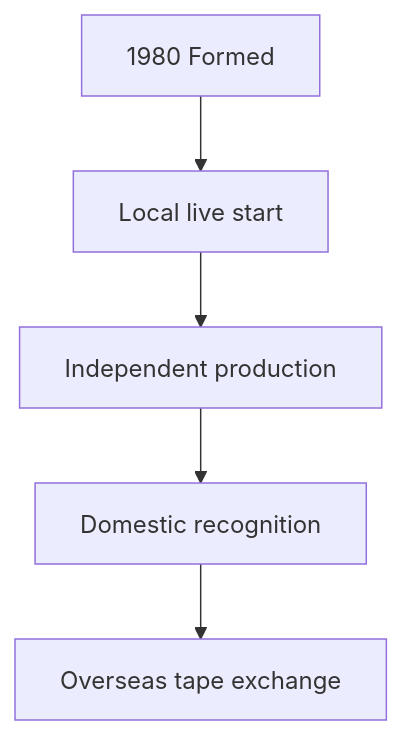
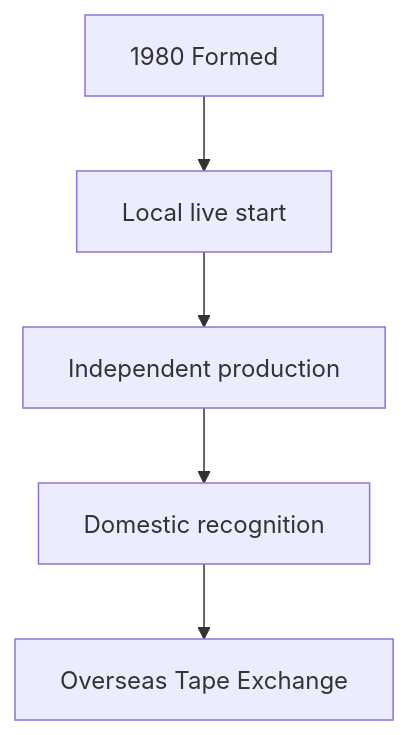
Before and after one commit to monumental-movement/monumental-movement.github.io: the third of 13 diagrams in en/_posts/2026-07-13-column-terveet-kadet.md, drawn with Mermaid. The commit also changed other lines of this file and 1012 other files, not shown here.

```diff
--- a/en/_posts/2026-07-13-column-terveet-kadet.md
+++ b/en/_posts/2026-07-13-column-terveet-kadet.md
@@ -163,14 +163,14 @@
 <div class="mermaid">
 graph TD
 A["1980 Formed"]
 B["Local live start"]
 C["Independent production"]
 D["Domestic recognition"]
-E["Overseas tape exchange"]
+E["Overseas Tape Exchange"]
 
 A --> B
 B --> C
 C --> D
 D --> E
 
 </div>
```
